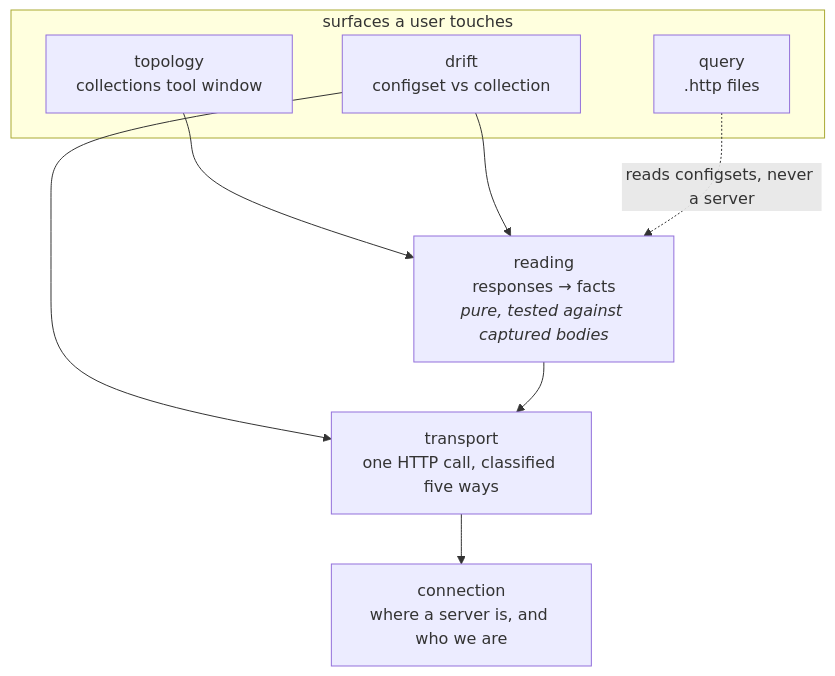
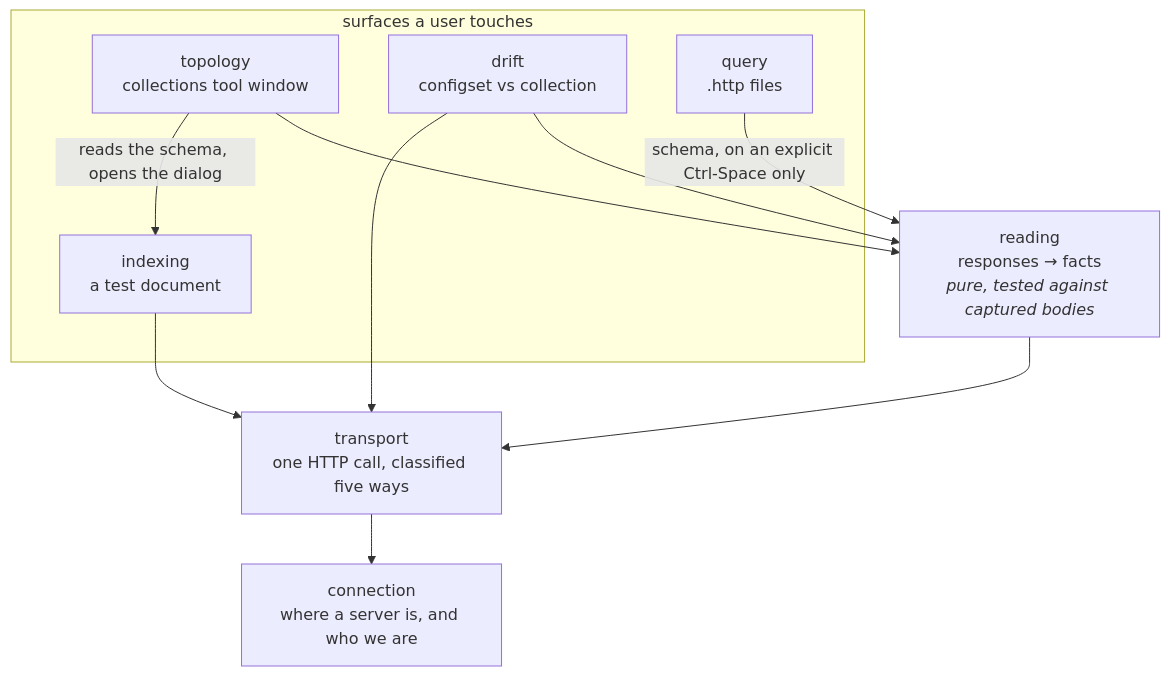
The fourth of 4 diagrams in docs/code-organization.md (adityamparikh/solr-intellij-plugin), drawn with Mermaid before and after one commit. The commit also changed other lines of this file, not shown here.

````diff
--- a/docs/code-organization.md
+++ b/docs/code-organization.md
@@ -667,18 +742,21 @@
 ```mermaid
 flowchart TD
     subgraph ui["surfaces a user touches"]
         Topology["topology<br/>collections tool window"]
         Drift["drift<br/>configset vs collection"]
         Query["query<br/>.http files"]
+        Indexing["indexing<br/>a test document"]
     end
     Reading["reading<br/>responses → facts<br/><i>pure, tested against captured bodies</i>"]
     Transport["transport<br/>one HTTP call, classified five ways"]
     Connection["connection<br/>where a server is, and who we are"]
 
     Topology --> Reading
     Drift --> Reading
     Drift --> Transport
-    Query -.->|"reads configsets, never a server"| Reading
+    Query -->|"schema, on an explicit Ctrl-Space only"| Reading
+    Topology -->|"reads the schema, opens the dialog"| Indexing
+    Indexing --> Transport
     Reading --> Transport
     Transport --> Connection
 ```
````
